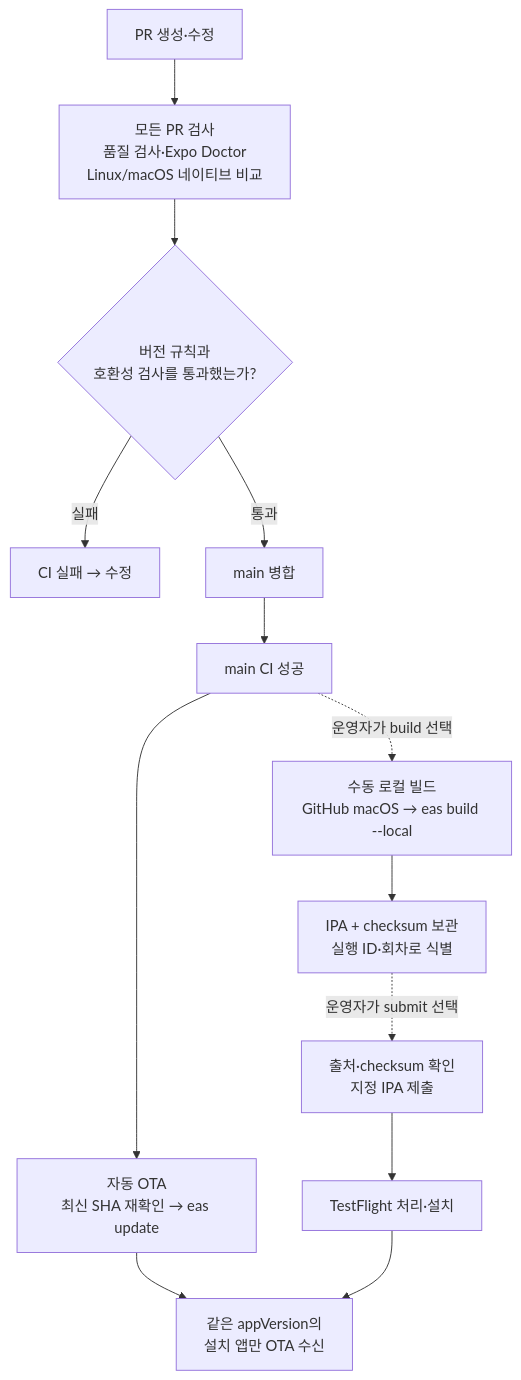
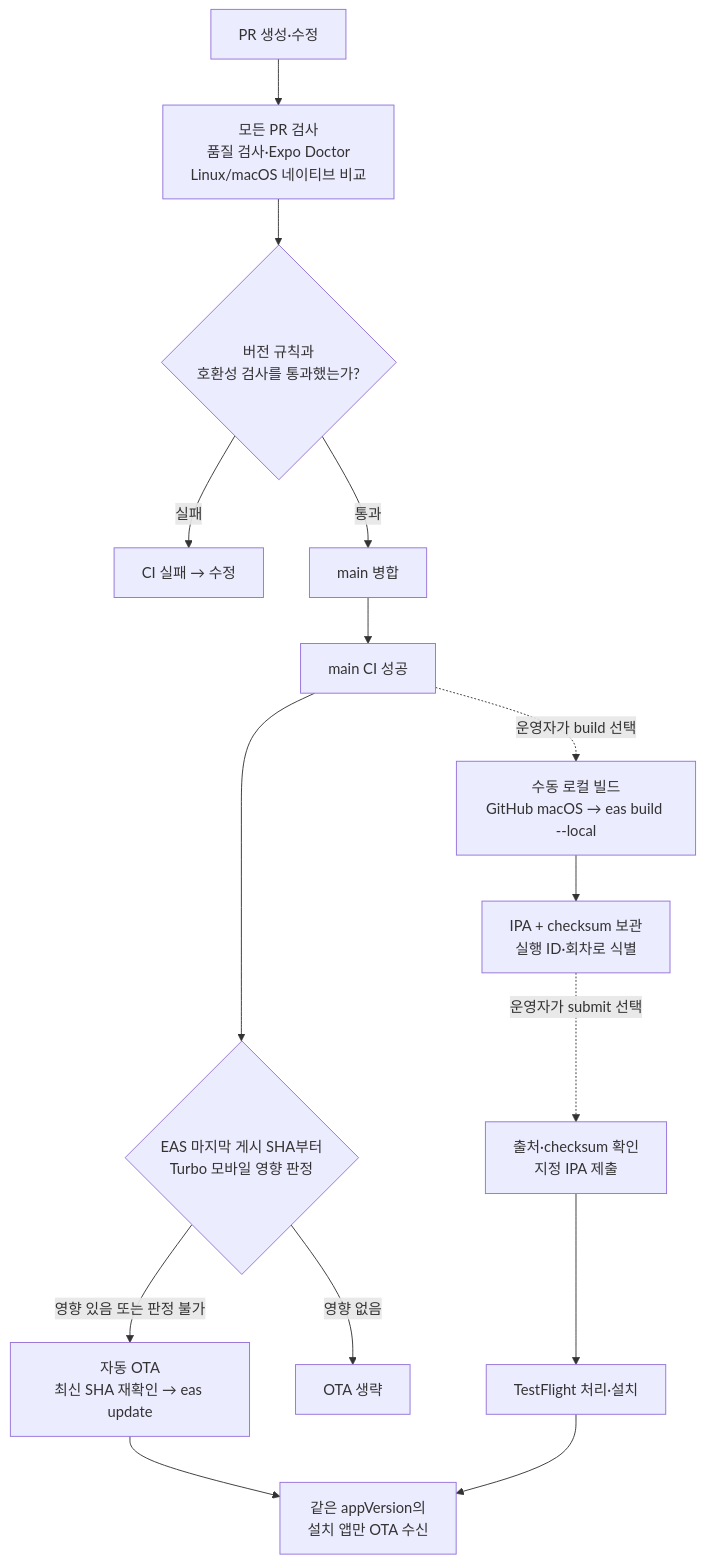
Before and after one commit to YAPP-admin/yapp-plus-frontend: the first of 3 diagrams in specs/019-mobile-testflight-delivery/overview.md, drawn with Mermaid. The commit also changed other lines of this file and 8 other files, not shown here.

Commit message:
feat(ci): Turbo 영향 범위로 모바일 OTA 게시 제한

````diff
--- a/specs/019-mobile-testflight-delivery/overview.md
+++ b/specs/019-mobile-testflight-delivery/overview.md
@@ -10,15 +10,17 @@
 ```mermaid
 flowchart TD
     PR["PR 생성·수정"] --> CHECK["모든 PR 검사<br/>품질 검사·Expo Doctor<br/>Linux/macOS 네이티브 비교"]
     CHECK --> RULE{"버전 규칙과<br/>호환성 검사를 통과했는가?"}
     RULE -->|실패| FIX["CI 실패 → 수정"]
     RULE -->|통과| MERGE["main 병합"]
     MERGE --> CI["main CI 성공"]
-    CI --> AUTO["자동 OTA<br/>최신 SHA 재확인 → eas update"]
+    CI --> IMPACT{"EAS 마지막 게시 SHA부터<br/>Turbo 모바일 영향 판정"}
+    IMPACT -->|영향 있음 또는 판정 불가| AUTO["자동 OTA<br/>최신 SHA 재확인 → eas update"]
+    IMPACT -->|영향 없음| SKIP["OTA 생략"]
     AUTO --> MATCH["같은 appVersion의<br/>설치 앱만 OTA 수신"]
     CI -. "운영자가 build 선택" .-> BUILD["수동 로컬 빌드<br/>GitHub macOS → eas build --local"]
     BUILD --> IPA["IPA + checksum 보관<br/>실행 ID·회차로 식별"]
     IPA -. "운영자가 submit 선택" .-> SUBMIT["출처·checksum 확인<br/>지정 IPA 제출"]
     SUBMIT --> TF["TestFlight 처리·설치"]
     TF --> MATCH
 ```
````
